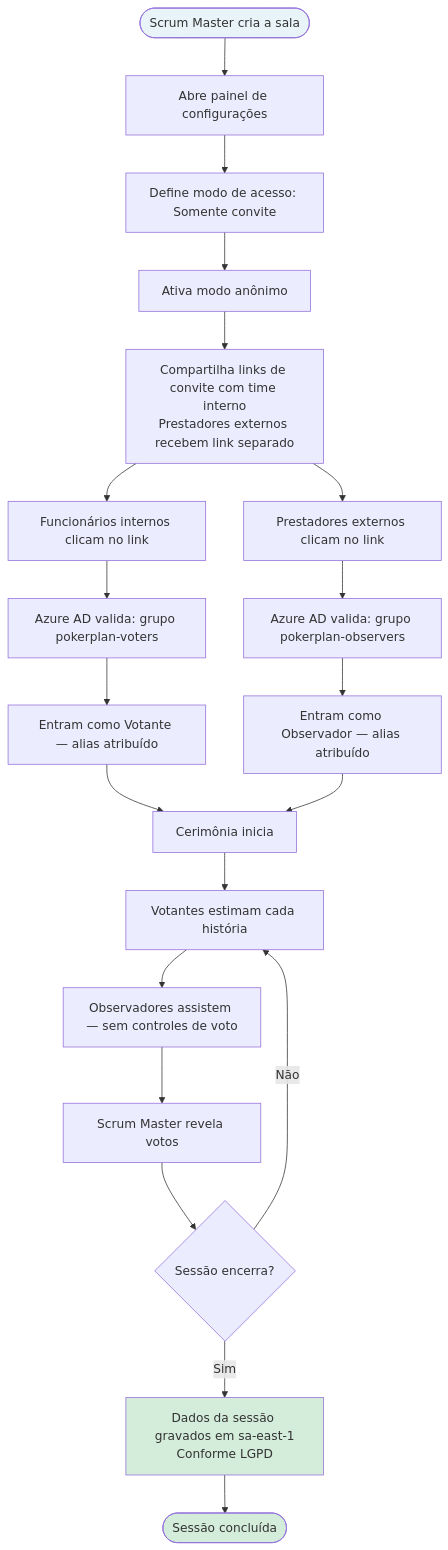
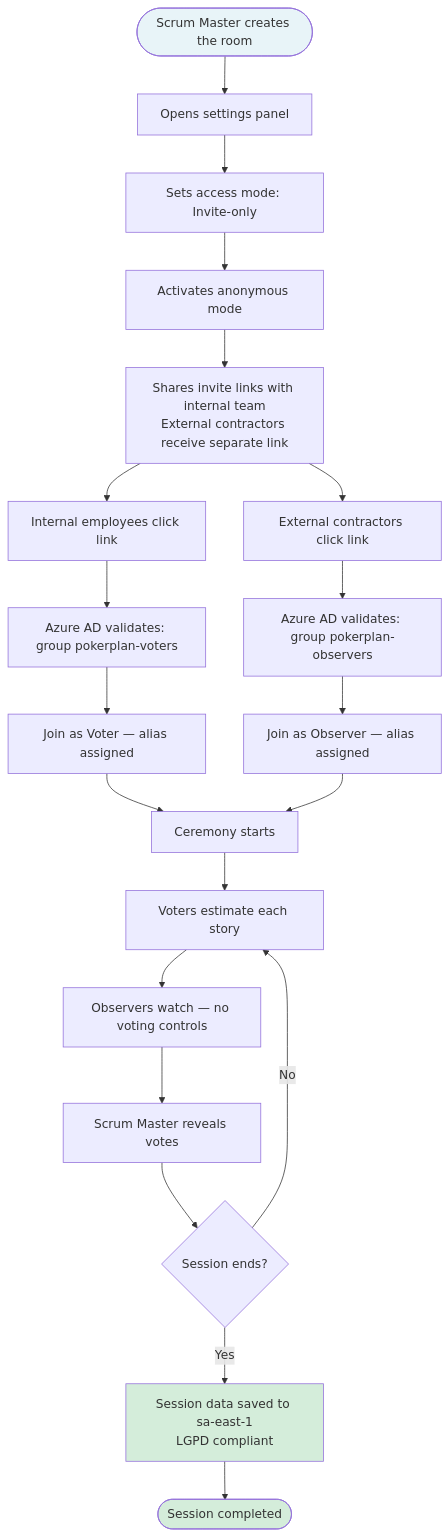
Before and after one commit to hugo-hsbtech/teamwork-process: the seventh of 7 diagrams in docs/use-cases/case-poker/07.1-product-backlog-access-control.md, drawn with Mermaid. The commit also changed other lines of this file and 63 other files, not shown here.

````diff
--- a/docs/use-cases/case-poker/07.1-product-backlog-access-control.md
+++ b/docs/use-cases/case-poker/07.1-product-backlog-access-control.md
@@ -229,30 +229,30 @@
 ```mermaid
 flowchart TD
-    A([Scrum Master cria a sala]) --> B[Abre painel de configurações]
-    B --> C[Define modo de acesso: Somente convite]
-    C --> D[Ativa modo anônimo]
-    D --> E[Compartilha links de convite com time interno\nPrestadores externos recebem link separado]
+    A([Scrum Master creates the room]) --> B[Opens settings panel]
+    B --> C[Sets access mode: Invite-only]
+    C --> D[Activates anonymous mode]
+    D --> E[Shares invite links with internal team\nExternal contractors receive separate link]
 
-    E --> F[Funcionários internos clicam no link]
-    F --> G[Azure AD valida: grupo pokerplan-voters]
-    G --> H[Entram como Votante — alias atribuído]
+    E --> F[Internal employees click link]
+    F --> G[Azure AD validates: group pokerplan-voters]
+    G --> H[Join as Voter — alias assigned]
 
-    E --> I[Prestadores externos clicam no link]
-    I --> J[Azure AD valida: grupo pokerplan-observers]
-    J --> K[Entram como Observador — alias atribuído]
+    E --> I[External contractors click link]
+    I --> J[Azure AD validates: group pokerplan-observers]
+    J --> K[Join as Observer — alias assigned]
 
-    H --> L[Cerimônia inicia]
+    H --> L[Ceremony starts]
     K --> L
 
-    L --> M[Votantes estimam cada história]
-    M --> N[Observadores assistem — sem controles de voto]
-    N --> O[Scrum Master revela votos]
-    O --> P{Sessão encerra?}
-    P -- Não --> M
-    P -- Sim --> Q[Dados da sessão gravados em sa-east-1\nConforme LGPD]
-    Q --> R([Sessão concluída])
+    L --> M[Voters estimate each story]
+    M --> N[Observers watch — no voting controls]
+    N --> O[Scrum Master reveals votes]
+    O --> P{Session ends?}
+    P -- No --> M
+    P -- Yes --> Q[Session data saved to sa-east-1\nLGPD compliant]
+    Q --> R([Session completed])
 
     style A fill:#e8f4f8
     style R fill:#d4edda
     style Q fill:#d4edda
 ```
````
